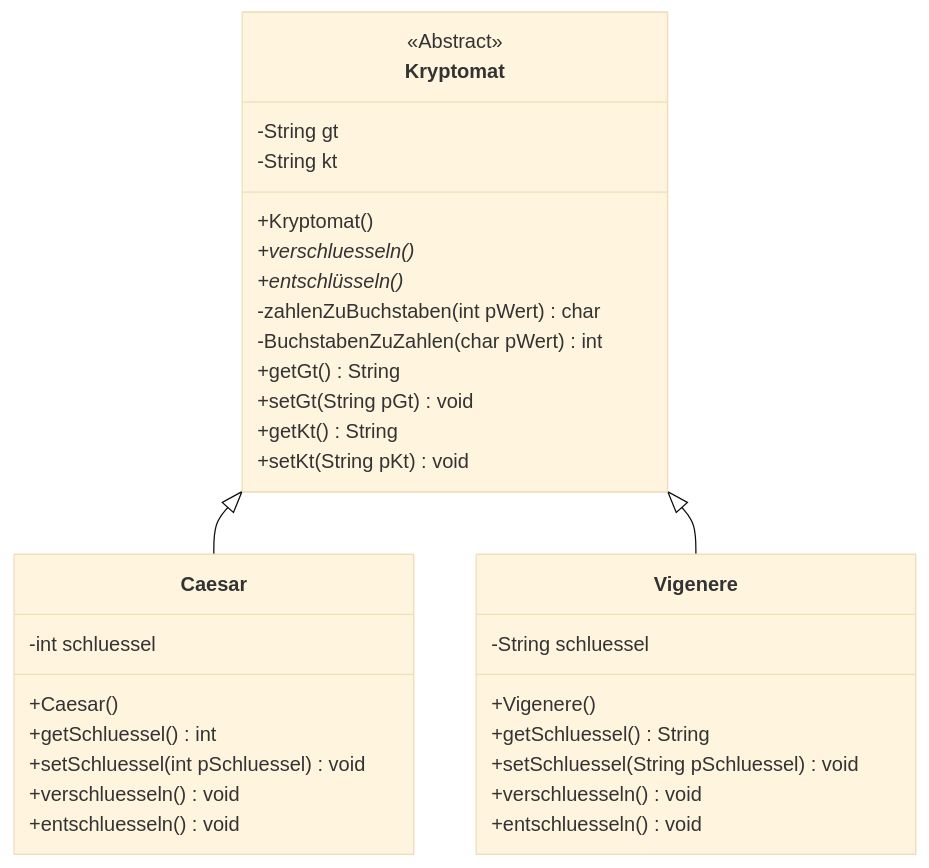
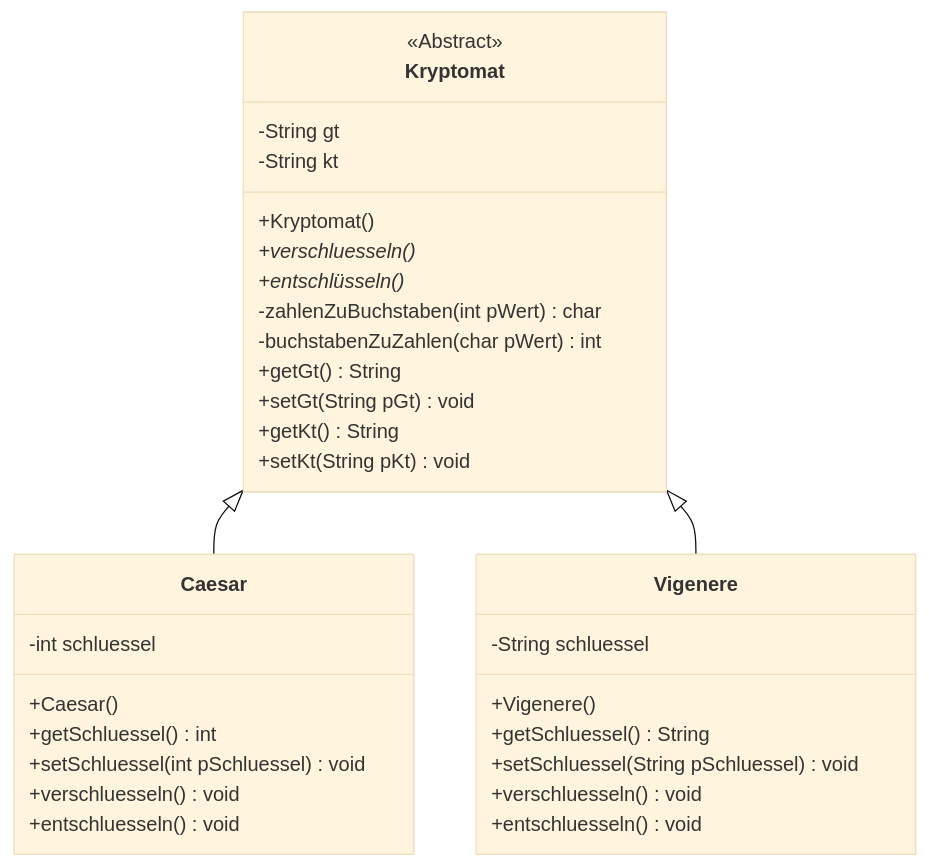
One commit to rueckertgym/begleitmaterial changed the diagram in book/kryptologie/kryptomat.md. Above: the diagram before and after it, drawn with Mermaid (base theme). The commit also changed other lines of this file and 1 other file, not shown here.

Commit message:
Aktualisieren book/kryptologie/kryptomat.md, book/kryptologie/Polybius/Polybius_Modellierung.md

````diff
--- a/book/kryptologie/kryptomat.md
+++ b/book/kryptologie/kryptomat.md
@@ -10,35 +10,35 @@
 ```mermaid
 classDiagram
     Kryptomat <|-- Caesar
     Kryptomat <|-- Vigenere
     <<Abstract>> Kryptomat
     Kryptomat: -String gt
     Kryptomat: -String kt
     Kryptomat: +Kryptomat()
     Kryptomat: +verschluesseln()*
     Kryptomat: +entschlüsseln()*
     Kryptomat: -zahlenZuBuchstaben(int pWert) char
-    Kryptomat: -BuchstabenZuZahlen(char pWert) int
+    Kryptomat: -buchstabenZuZahlen(char pWert) int
     Kryptomat: +getGt() String
     Kryptomat: +setGt(String pGt) void
     Kryptomat: +getKt() String
     Kryptomat: +setKt(String pKt) void
 
     class Caesar{
       -int schluessel
       +Caesar()
       +getSchluessel() int
       +setSchluessel(int pSchluessel) void 
       +verschluesseln() void
       +entschluesseln() void
     }
     class Vigenere{
       -String schluessel
       +Vigenere()
       +getSchluessel() String
       +setSchluessel(String pSchluessel) void
       +verschluesseln() void
       +entschluesseln() void
     }
     
 ```
````
